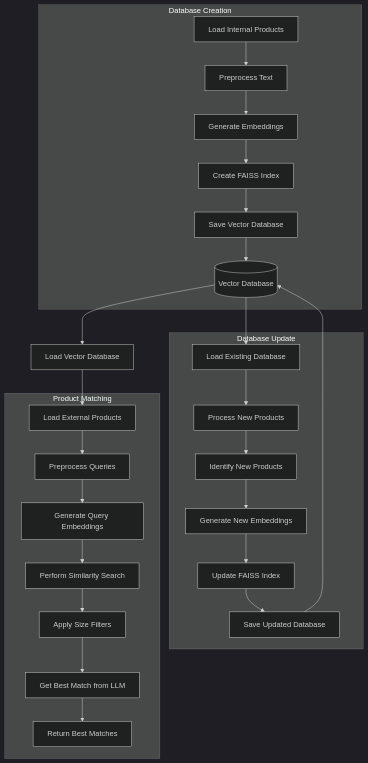
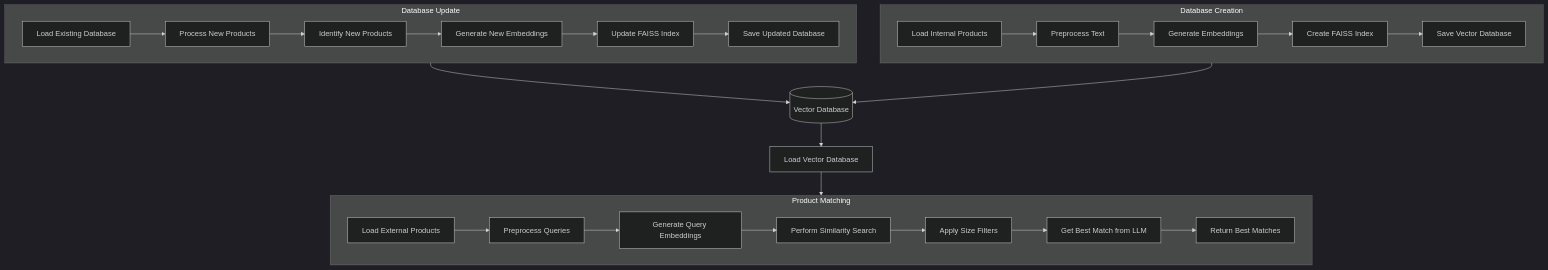
Before and after one commit to bonjourusman/product-matcher: the first of 2 diagrams in README.md, drawn with Mermaid (dark theme). The commit also changed other lines of this file, not shown here.

````diff
--- a/README.md
+++ b/README.md
@@ -9,32 +9,24 @@
 ```mermaid
 graph TD
     subgraph "Database Creation"
-        A[Load Internal Products] --> B[Preprocess Text]
-        B --> C[Generate Embeddings]
-        C --> D[Create FAISS Index]
-        D --> E[Save Vector Database]
-        E --> F[(Vector Database)]
+        direction LR
+        A[Load Internal Products] --> B[Preprocess Text] --> C[Generate Embeddings] --> D[Create FAISS Index] --> E[Save Vector Database]
     end
 
+    E --> F[(Vector Database)]
+
     subgraph "Database Update"
-        G[Load Existing Database] --> H[Process New Products]
-        H --> I[Identify New Products]
-        I --> J[Generate New Embeddings]
-        J --> K[Update FAISS Index]
-        K --> L[Save Updated Database]
-        L --> F
+        direction LR
+        G[Load Existing Database] --> H[Process New Products] --> I[Identify New Products] --> J[Generate New Embeddings] --> K[Update FAISS Index] --> L[Save Updated Database]
     end
 
+    L --> F
+    F --> T[Load Vector Database]
+
     subgraph "Product Matching"
-        M[Load External Products] --> N[Preprocess Queries]
-        N --> O[Generate Query Embeddings]
-        O --> P[Perform Similarity Search]
-        P --> Q[Apply Size Filters]
-        Q --> S[Get Best Match from LLM]
-        S --> R[Return Best Matches]
+        direction LR
+        M[Load External Products] --> N[Preprocess Queries] --> O[Generate Query Embeddings] --> P[Perform Similarity Search] --> Q[Apply Size Filters] --> S[Get Best Match from LLM] --> R[Return Best Matches]
     end
 
-    F --> G
-    F --> T[Load Vector Database]
     T --> M
 ```
````
